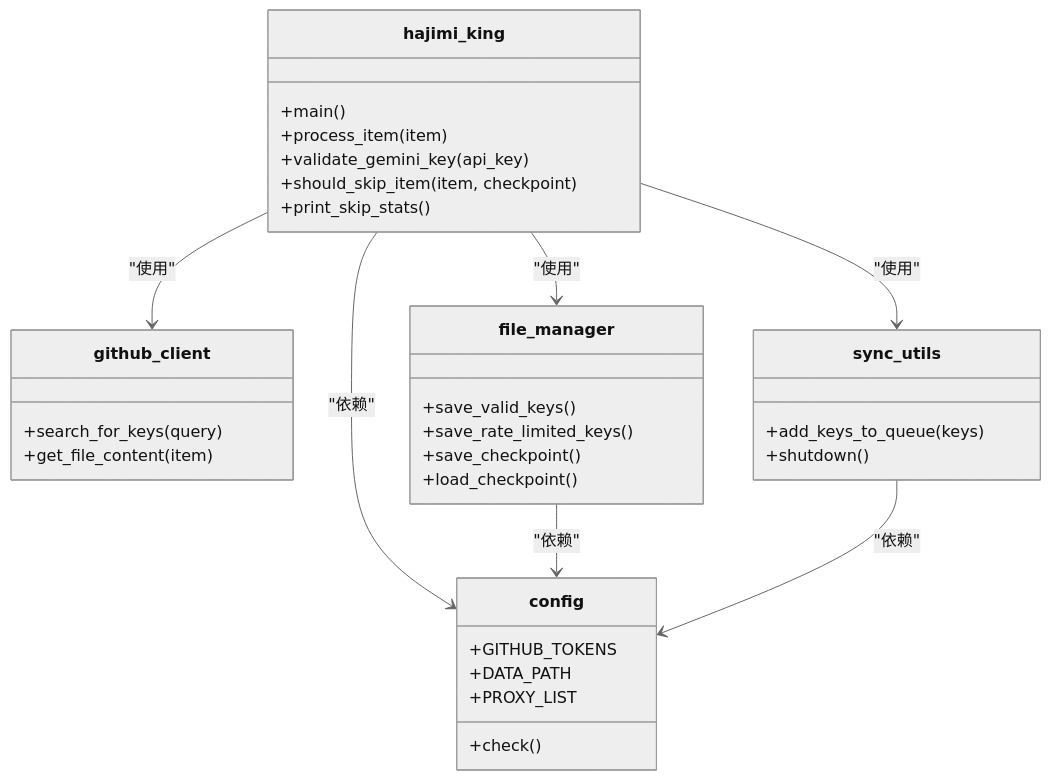
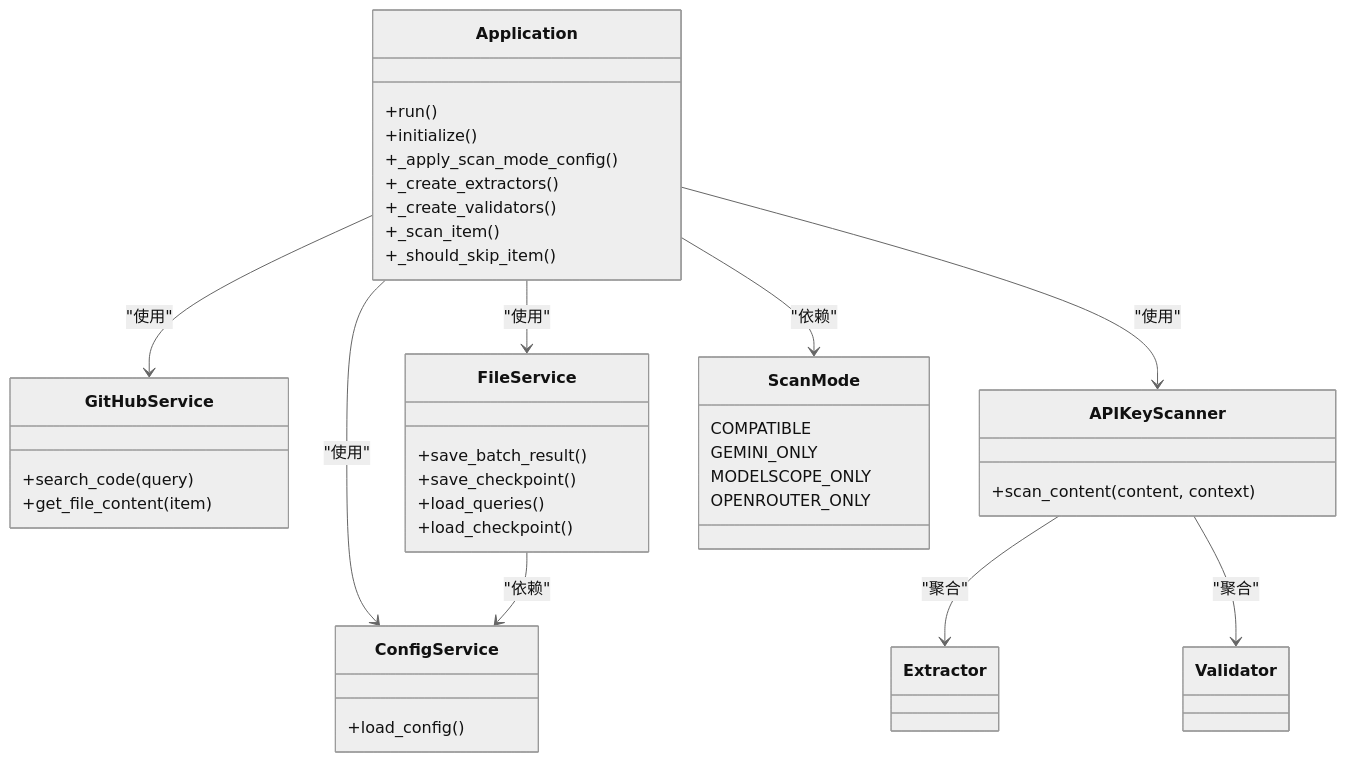
One commit to james-6-23/APIKEY-king changed the third of 4 diagrams in .qoder/repowiki/zh/content/部署方案/Docker容器化部署.md. Above: the diagram before and after it, drawn with Mermaid (neutral theme). The commit also changed other lines of this file and 49 other files, not shown here.

````diff
--- a/.qoder/repowiki/zh/content/部署方案/Docker容器化部署.md
+++ b/.qoder/repowiki/zh/content/部署方案/Docker容器化部署.md
@@ -107,36 +121,42 @@
 ```mermaid
 classDiagram
-class hajimi_king {
-+main()
-+process_item(item)
-+validate_gemini_key(api_key)
-+should_skip_item(item, checkpoint)
-+print_skip_stats()
+class Application {
++run()
++initialize()
++_apply_scan_mode_config()
++_create_extractors()
++_create_validators()
++_scan_item()
++_should_skip_item()
 }
-class github_client {
-+search_for_keys(query)
+class ConfigService {
++load_config()
+}
+class GitHubService {
++search_code(query)
 +get_file_content(item)
 }
-class file_manager {
-+save_valid_keys()
-+save_rate_limited_keys()
+class FileService {
++save_batch_result()
 +save_checkpoint()
++load_queries()
 +load_checkpoint()
 }
-class sync_utils {
-+add_keys_to_queue(keys)
-+shutdown()
+class APIKeyScanner {
++scan_content(content, context)
 }
-class config {
-+GITHUB_TOKENS
-+DATA_PATH
-+PROXY_LIST
-+check()
+class ScanMode {
+COMPATIBLE
+GEMINI_ONLY
+MODELSCOPE_ONLY
+OPENROUTER_ONLY
 }
-hajimi_king --> github_client : "使用"
-hajimi_king --> file_manager : "使用"
-hajimi_king --> sync_utils : "使用"
-hajimi_king --> config : "依赖"
-file_manager --> config : "依赖"
-sync_utils --> config : "依赖"
+Application --> ConfigService : "使用"
+Application --> GitHubService : "使用"
+Application --> FileService : "使用"
+Application --> APIKeyScanner : "使用"
+Application --> ScanMode : "依赖"
+FileService --> ConfigService : "依赖"
+APIKeyScanner --> Extractor : "聚合"
+APIKeyScanner --> Validator : "聚合"
 ```
````
